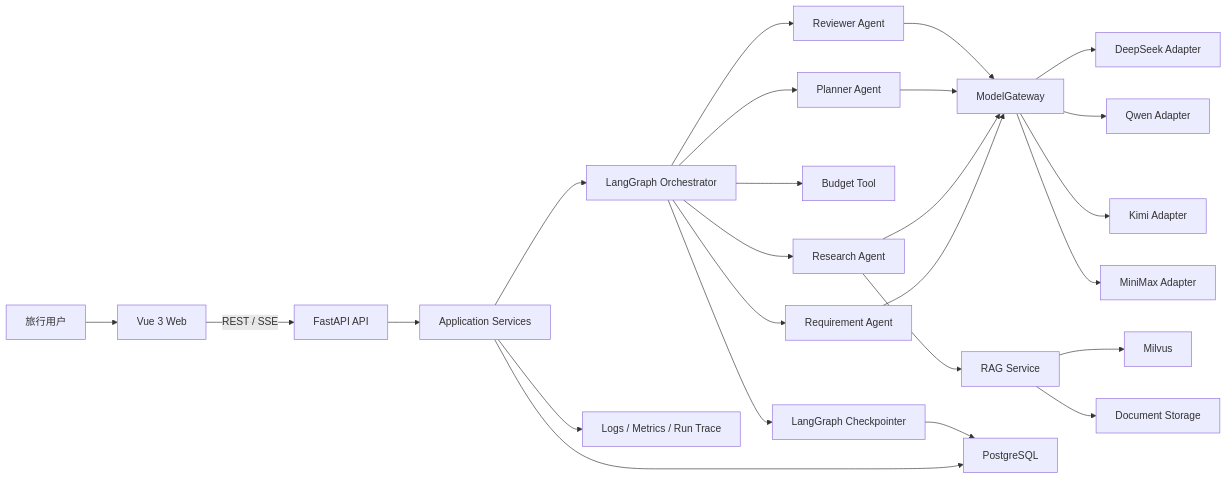
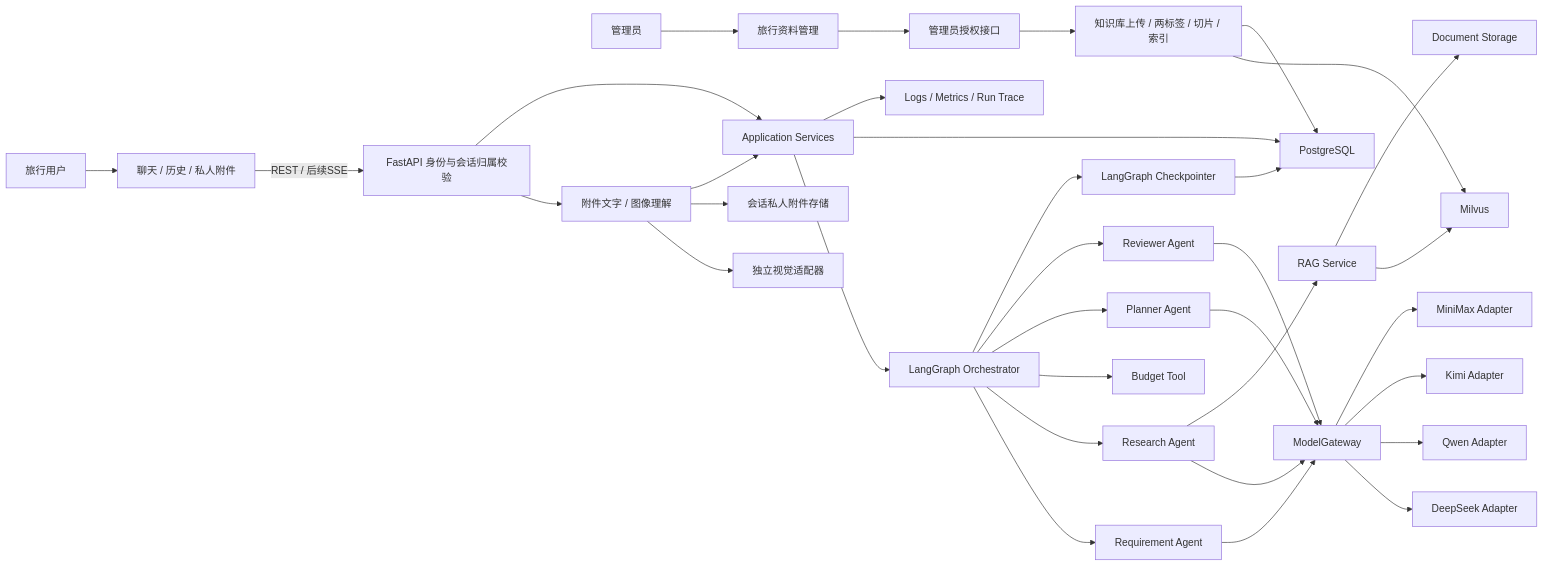
One commit to Charlie-acher/TravelMindAI changed the first of 3 diagrams in docs/02-技术设计文档.md. Above: the diagram before and after it, drawn with Mermaid. The commit also changed other lines of this file and 147 other files, not shown here.

````diff
--- a/docs/02-技术设计文档.md
+++ b/docs/02-技术设计文档.md
@@ -36,31 +38,40 @@
 ```mermaid
 flowchart LR
-    U["旅行用户"] --> FE["Vue 3 Web"]
-    FE -->|"REST / SSE"| API["FastAPI API"]
+    U["旅行用户"] --> FE["聊天 / 历史 / 私人附件"]
+    AD["管理员"] --> AFE["旅行资料管理"]
+    FE -->|"REST / 后续SSE"| API["FastAPI 身份与会话归属校验"]
+    AFE --> ADMIN["管理员授权接口"]
+    ADMIN --> INGEST["知识库上传 / 两标签 / 切片 / 索引"]
+    INGEST --> MILVUS
+    INGEST --> PG
+    API --> ATT["附件文字 / 图像理解"]
+    ATT --> VISION["独立视觉适配器"]
+    ATT --> PRIVATE["会话私人附件存储"]
+    ATT --> APP
 
     API --> APP["Application Services"]
     APP --> GRAPH["LangGraph Orchestrator"]
     GRAPH --> REQ["Requirement Agent"]
     GRAPH --> RES["Research Agent"]
     GRAPH --> BUD["Budget Tool"]
     GRAPH --> PLAN["Planner Agent"]
     GRAPH --> REV["Reviewer Agent"]
 
     REQ --> GW["ModelGateway"]
     RES --> GW
     PLAN --> GW
     REV --> GW
     GW --> DS["DeepSeek Adapter"]
     GW --> QW["Qwen Adapter"]
     GW --> KM["Kimi Adapter"]
     GW --> MM["MiniMax Adapter"]
 
     RES --> RAG["RAG Service"]
     RAG --> MILVUS["Milvus"]
     RAG --> FILES["Document Storage"]
 
     APP --> PG["PostgreSQL"]
     GRAPH --> CP["LangGraph Checkpointer"]
     CP --> PG
     APP --> OBS["Logs / Metrics / Run Trace"]
 ```
````
